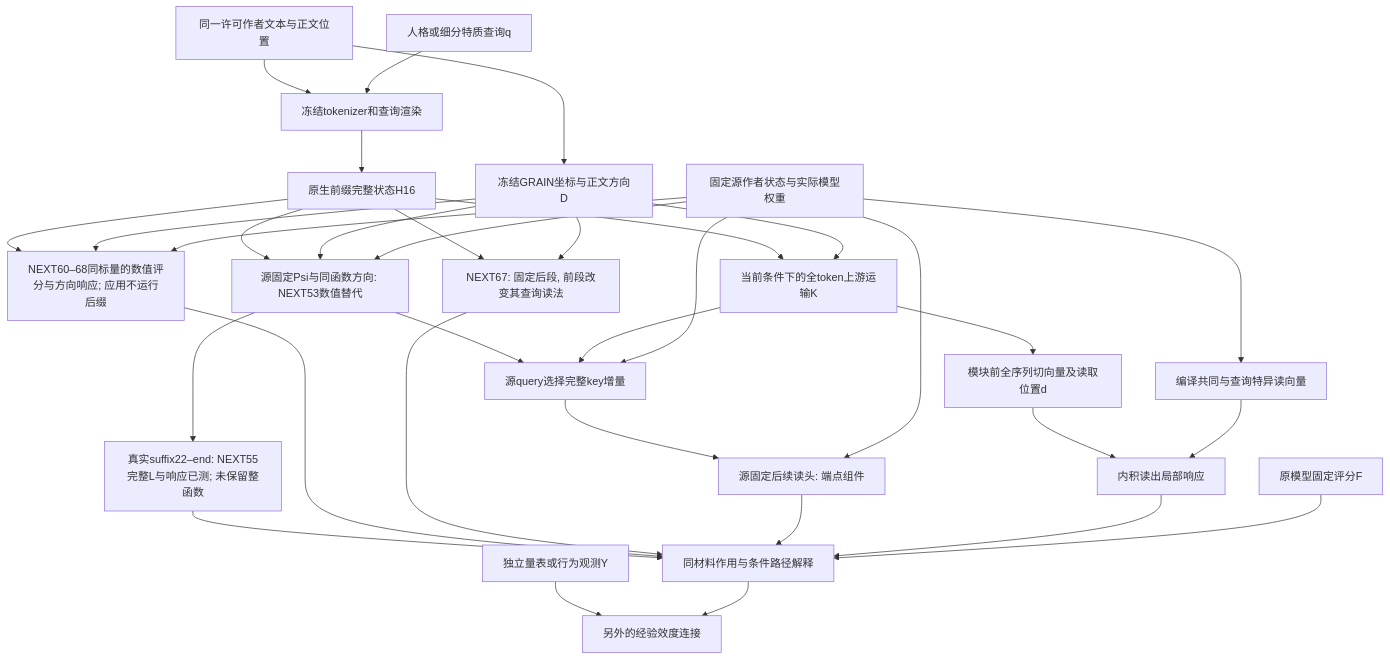
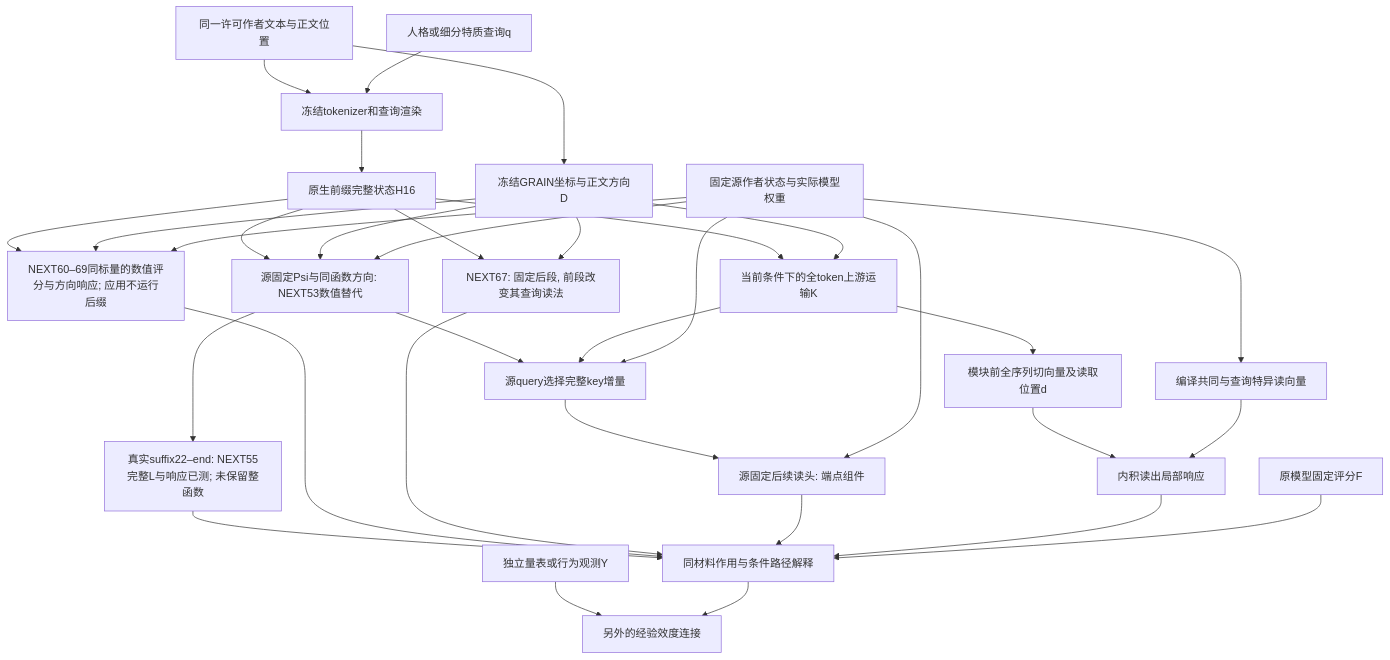
One commit to reiserhhh/GRAIN changed the diagram in docs/GRAIN_UPSTREAM_MECHANISM_INTEGRATION_V1.md. Above: the diagram before and after it, drawn with Mermaid. The commit also changed other lines of this file and 17 other files, not shown here.

````diff
--- a/docs/GRAIN_UPSTREAM_MECHANISM_INTEGRATION_V1.md
+++ b/docs/GRAIN_UPSTREAM_MECHANISM_INTEGRATION_V1.md
@@ -8,35 +8,35 @@
 ```mermaid
 flowchart TD
   T[同一许可作者文本与正文位置] --> G[冻结GRAIN坐标与正文方向D]
   T --> R[冻结tokenizer和查询渲染]
   Q[人格或细分特质查询q] --> R
   R --> H[原生前缀完整状态H16]
   H --> K[当前条件下的全token上游运输K]
   H --> P[源固定Psi与同函数方向: NEXT53数值替代]
   G --> P
   S --> P
   P --> U
   P --> W[真实suffix22–end: NEXT55完整L与响应已测; 未保留整函数]
   W --> J
-  H --> Z[NEXT60–68同标量的数值评分与方向响应; 应用不运行后缀]
+  H --> Z[NEXT60–69同标量的数值评分与方向响应; 应用不运行后缀]
   G --> Z
   S --> Z
   Z --> J
   H --> I[NEXT67: 固定后段, 前段改变其查询读法]
   G --> I
   I --> J
   G --> K
   K --> D[模块前全序列切向量及读取位置d]
   S[固定源作者状态与实际模型权重] --> V[编译共同与查询特异读向量]
   D --> A[内积读出局部响应]
   V --> A
   K --> U[源query选择完整key增量]
   S --> U
   U --> C[源固定后续读头: 端点组件]
   S --> C
   C --> J
   A --> J[同材料作用与条件路径解释]
   F[原模型固定评分F] --> J
   Y[独立量表或行为观测Y] --> E[另外的经验效度连接]
   J --> E
 ```
````
